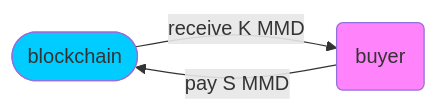
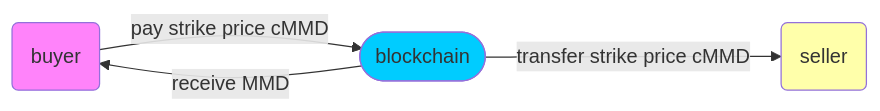
One commit to Joe-Bradley/S_K changed the third of 6 diagrams in README.md. Above: the diagram before and after it, drawn with Mermaid. The commit also changed other lines of this file and 33 other files, not shown here.

````diff
--- a/README.md
+++ b/README.md
@@ -45,10 +36,10 @@
 ```mermaid
 graph LR
-
-b([blockchain]):::class2 --> |receive K MMD|c(buyer):::class4
-c-->|pay S MMD|b
+c(buyer):::class4 --> |pay strike price cMMD|b([blockchain]):::class2
+b --> |receive MMD|c
+b -->|transfer strike price cMMD|a(seller):::class1
 classDef class1 fill:#ffaf;
 classDef class2 fill:#00ccff;
 classDef class3 fill:#ffe7ba;
 classDef class4 fill:#ff83fa;
 ```
````
